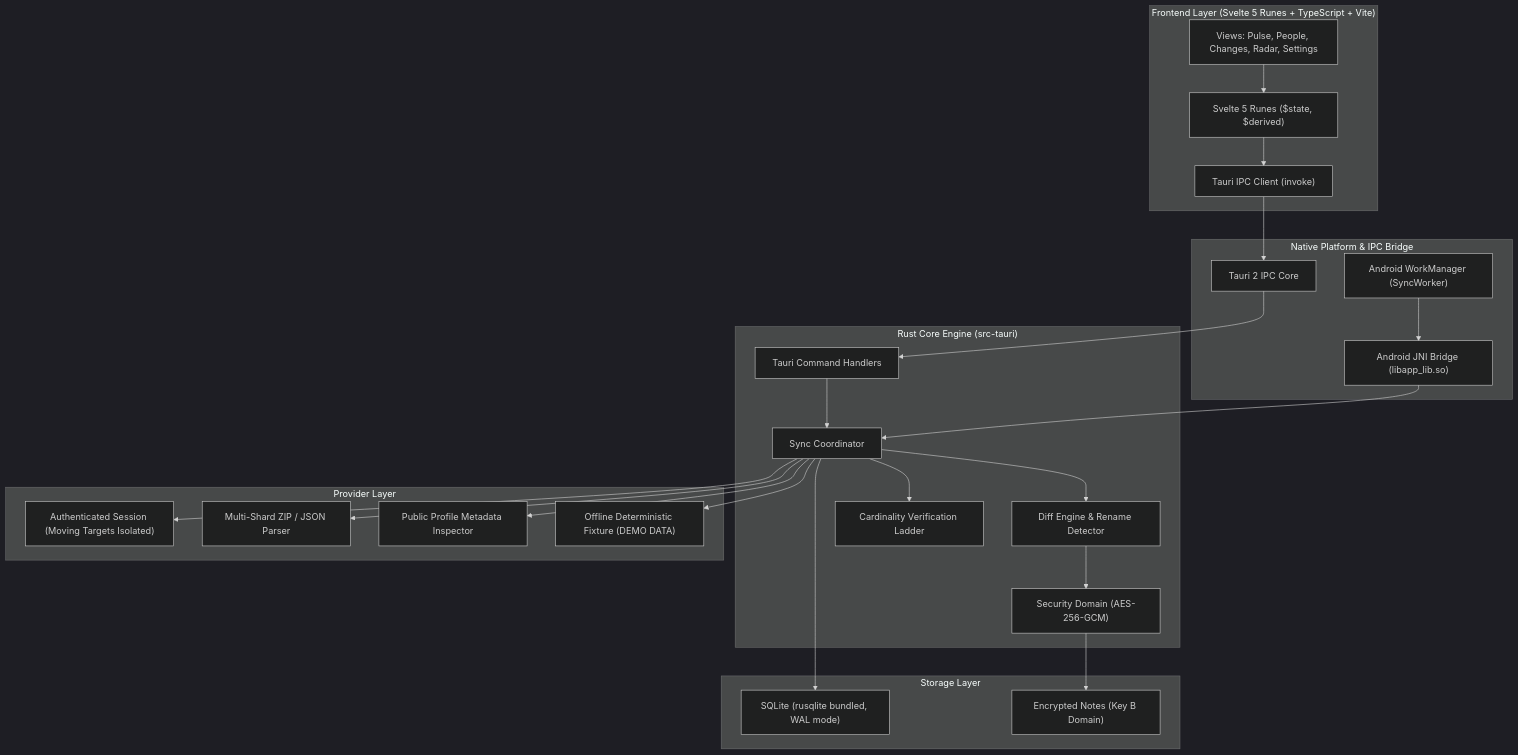
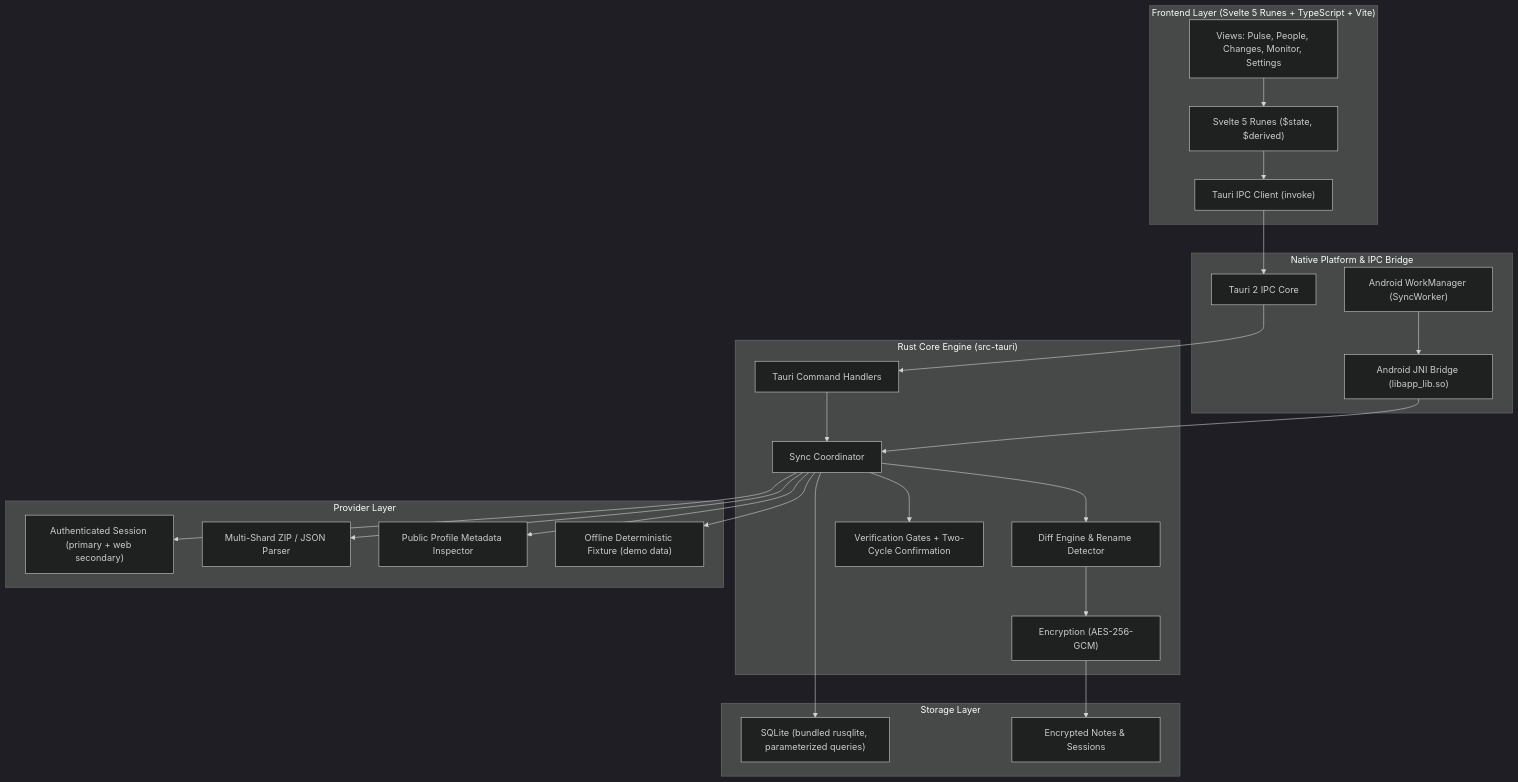
The first of 3 diagrams in ARCHITECTURE.md (MZarc/Stalkr), drawn with Mermaid (dark theme) before and after one commit. The commit also changed other lines of this file and 6 other files, not shown here.

First line of the commit message:
Docs: honest claims, schema-accurate specs, MIT license

````diff
--- a/ARCHITECTURE.md
+++ b/ARCHITECTURE.md
@@ -18,52 +18,52 @@
 ```mermaid
 flowchart TD
     subgraph Frontend["Frontend Layer (Svelte 5 Runes + TypeScript + Vite)"]
-        UI["Views: Pulse, People, Changes, Radar, Settings"]
+        UI["Views: Pulse, People, Changes, Monitor, Settings"]
         State["Svelte 5 Runes ($state, $derived)"]
         IPC_Client["Tauri IPC Client (invoke)"]
         UI --> State --> IPC_Client
     end
 
     subgraph NativeBridge["Native Platform & IPC Bridge"]
         TauriIPC["Tauri 2 IPC Core"]
         JNI["Android JNI Bridge (libapp_lib.so)"]
         WorkMgr["Android WorkManager (SyncWorker)"]
         WorkMgr --> JNI
         IPC_Client --> TauriIPC
     end
 
     subgraph RustCore["Rust Core Engine (src-tauri)"]
         Commands["Tauri Command Handlers"]
         SyncCoord["Sync Coordinator"]
         DiffEngine["Diff Engine & Rename Detector"]
-        Ladder["Cardinality Verification Ladder"]
-        SecEngine["Security Domain (AES-256-GCM)"]
+        Gates["Verification Gates + Two-Cycle Confirmation"]
+        SecEngine["Encryption (AES-256-GCM)"]
         
         TauriIPC --> Commands
         Commands --> SyncCoord
         JNI --> SyncCoord
-        SyncCoord --> Ladder
+        SyncCoord --> Gates
         SyncCoord --> DiffEngine
         DiffEngine --> SecEngine
     end
 
     subgraph Providers["Provider Layer"]
-        SessionProv["Authenticated Session (Moving Targets Isolated)"]
+        SessionProv["Authenticated Session (primary + web secondary)"]
         ExportProv["Multi-Shard ZIP / JSON Parser"]
         PublicProv["Public Profile Metadata Inspector"]
-        FixtureProv["Offline Deterministic Fixture (DEMO DATA)"]
+        FixtureProv["Offline Deterministic Fixture (demo data)"]
     end
 
     subgraph Storage["Storage Layer"]
-        SQLite["SQLite (rusqlite bundled, WAL mode)"]
-        EncNotes["Encrypted Notes (Key B Domain)"]
+        SQLite["SQLite (bundled rusqlite, parameterized queries)"]
+        EncNotes["Encrypted Notes & Sessions"]
     end
 
     SyncCoord --> SessionProv
     SyncCoord --> ExportProv
     SyncCoord --> PublicProv
     SyncCoord --> FixtureProv
 
     SyncCoord --> SQLite
     SecEngine --> EncNotes
 ```
````
